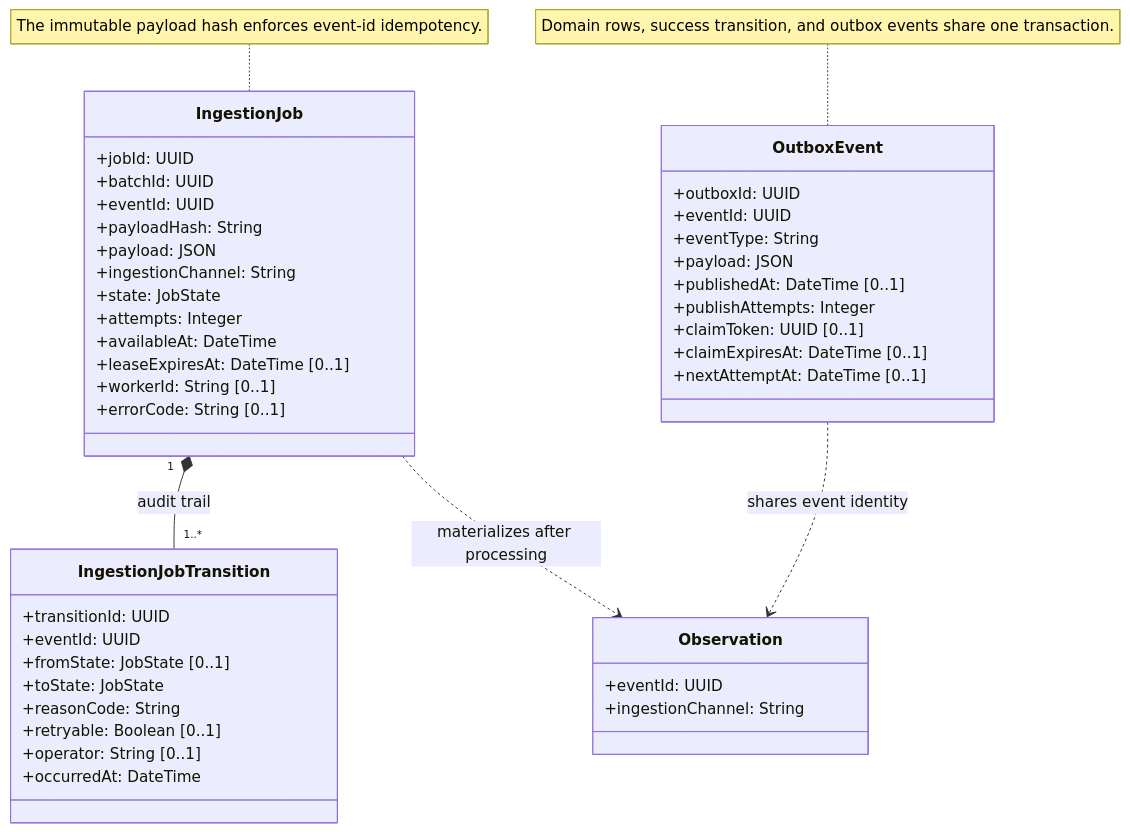
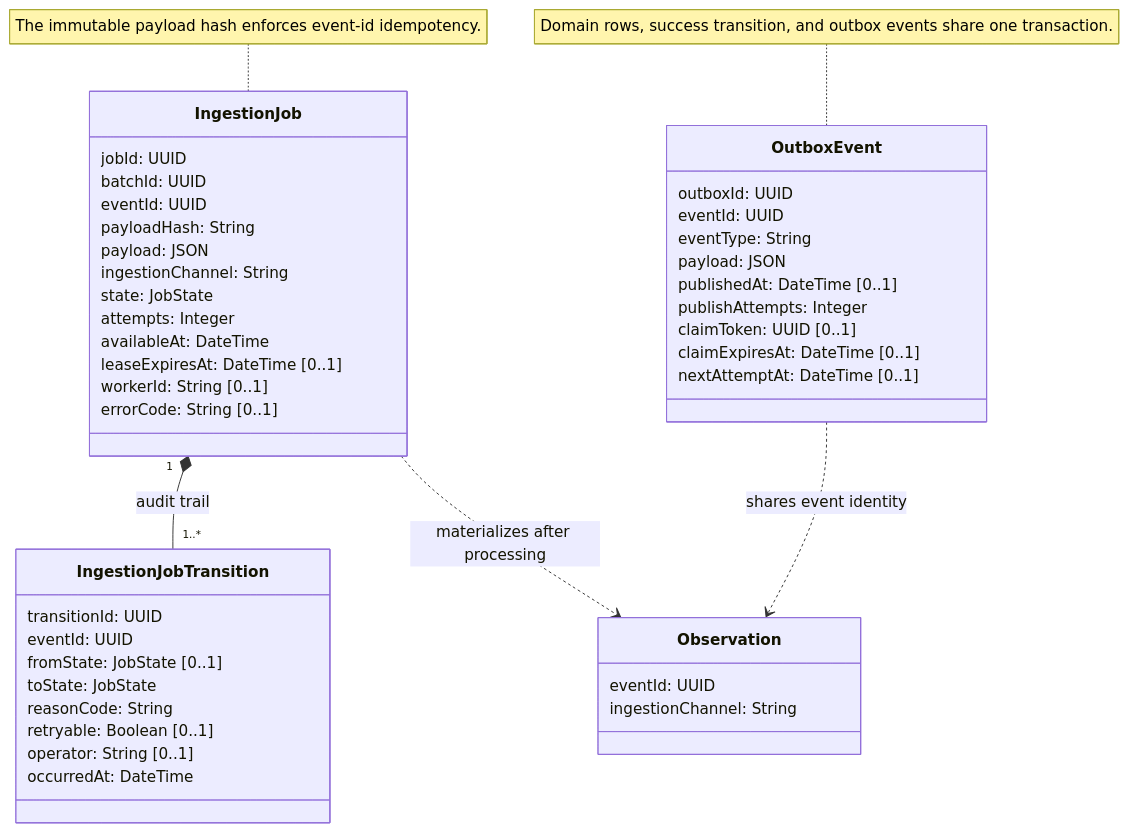
One commit to ZakariaElKhaldi/4iir-sr changed the diagram in diagrams/03b-ingestion-classes.mmd. Above: the diagram before and after it, drawn with Mermaid. The commit also changed 29 other files, not shown here.

```diff
--- a/diagrams/03b-ingestion-classes.mmd
+++ b/diagrams/03b-ingestion-classes.mmd
@@ -1,52 +1,52 @@
 classDiagram
     direction TB
 
     class IngestionJob {
-        +jobId: UUID
-        +batchId: UUID
-        +eventId: UUID
-        +payloadHash: String
-        +payload: JSON
-        +ingestionChannel: String
-        +state: JobState
-        +attempts: Integer
-        +availableAt: DateTime
-        +leaseExpiresAt: DateTime [0..1]
-        +workerId: String [0..1]
-        +errorCode: String [0..1]
+        jobId: UUID
+        batchId: UUID
+        eventId: UUID
+        payloadHash: String
+        payload: JSON
+        ingestionChannel: String
+        state: JobState
+        attempts: Integer
+        availableAt: DateTime
+        leaseExpiresAt: DateTime [0..1]
+        workerId: String [0..1]
+        errorCode: String [0..1]
     }
 
     class IngestionJobTransition {
-        +transitionId: UUID
-        +eventId: UUID
-        +fromState: JobState [0..1]
-        +toState: JobState
-        +reasonCode: String
-        +retryable: Boolean [0..1]
-        +operator: String [0..1]
-        +occurredAt: DateTime
+        transitionId: UUID
+        eventId: UUID
+        fromState: JobState [0..1]
+        toState: JobState
+        reasonCode: String
+        retryable: Boolean [0..1]
+        operator: String [0..1]
+        occurredAt: DateTime
     }
 
     class Observation {
-        +eventId: UUID
-        +ingestionChannel: String
+        eventId: UUID
+        ingestionChannel: String
     }
 
     class OutboxEvent {
-        +outboxId: UUID
-        +eventId: UUID
-        +eventType: String
-        +payload: JSON
-        +publishedAt: DateTime [0..1]
-        +publishAttempts: Integer
-        +claimToken: UUID [0..1]
-        +claimExpiresAt: DateTime [0..1]
-        +nextAttemptAt: DateTime [0..1]
+        outboxId: UUID
+        eventId: UUID
+        eventType: String
+        payload: JSON
+        publishedAt: DateTime [0..1]
+        publishAttempts: Integer
+        claimToken: UUID [0..1]
+        claimExpiresAt: DateTime [0..1]
+        nextAttemptAt: DateTime [0..1]
     }
 
     IngestionJob "1" *-- "1..*" IngestionJobTransition : audit trail
     IngestionJob ..> Observation : materializes after processing
     OutboxEvent ..> Observation : shares event identity
 
     note for IngestionJob "The immutable payload hash enforces event-id idempotency."
     note for OutboxEvent "Domain rows, success transition, and outbox events share one transaction."
```
